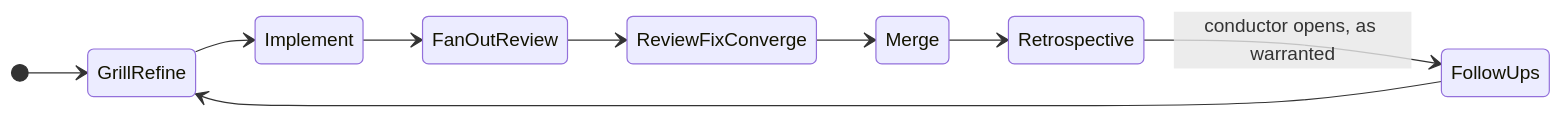
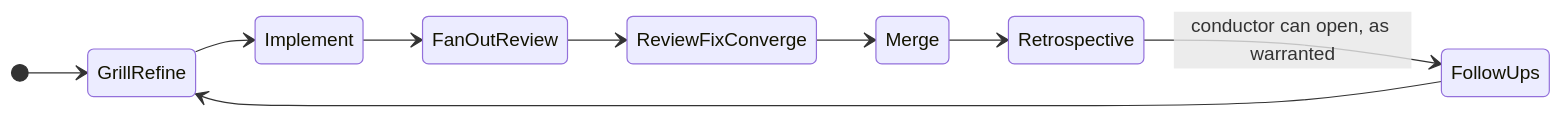
Before and after one commit to mfittko/dev-loops: the sixth of 10 diagrams in docs/articles/dev-loops-deep-dive.md, drawn with Mermaid. The commit also changed other lines of this file and 5 other files, not shown here.

First line of the commit message:
docs: 'conductor can open' — reflect the retrospective's advisory/discretionary follow-ups (#1398)

````diff
--- a/docs/articles/dev-loops-deep-dive.md
+++ b/docs/articles/dev-loops-deep-dive.md
@@ -263,12 +263,12 @@
 ```mermaid
 stateDiagram-v2
   direction LR
   [*] --> GrillRefine
   GrillRefine --> Implement
   Implement --> FanOutReview
   FanOutReview --> ReviewFixConverge
   ReviewFixConverge --> Merge
   Merge --> Retrospective
-  Retrospective --> FollowUps: conductor opens, as warranted
+  Retrospective --> FollowUps: conductor can open, as warranted
   FollowUps --> GrillRefine
 ```
````
